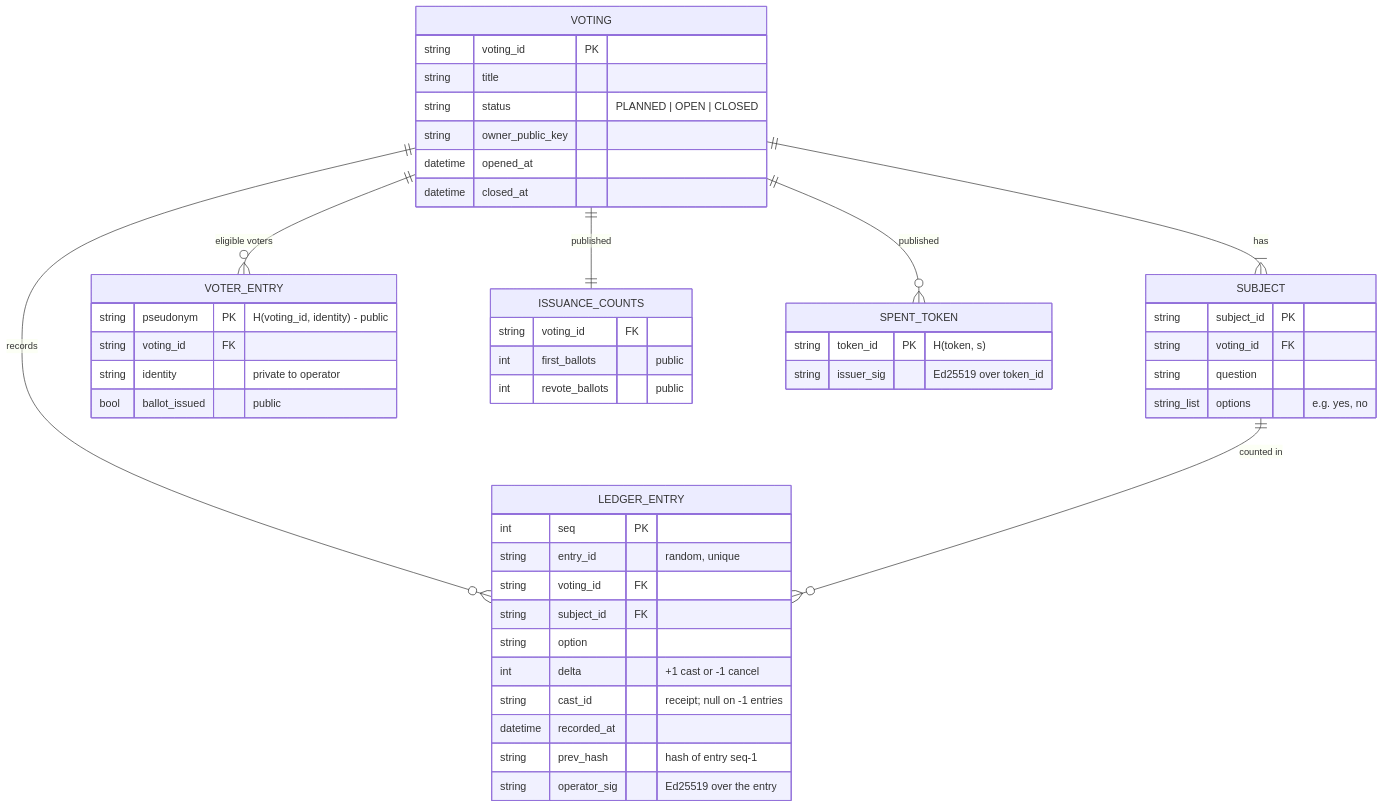
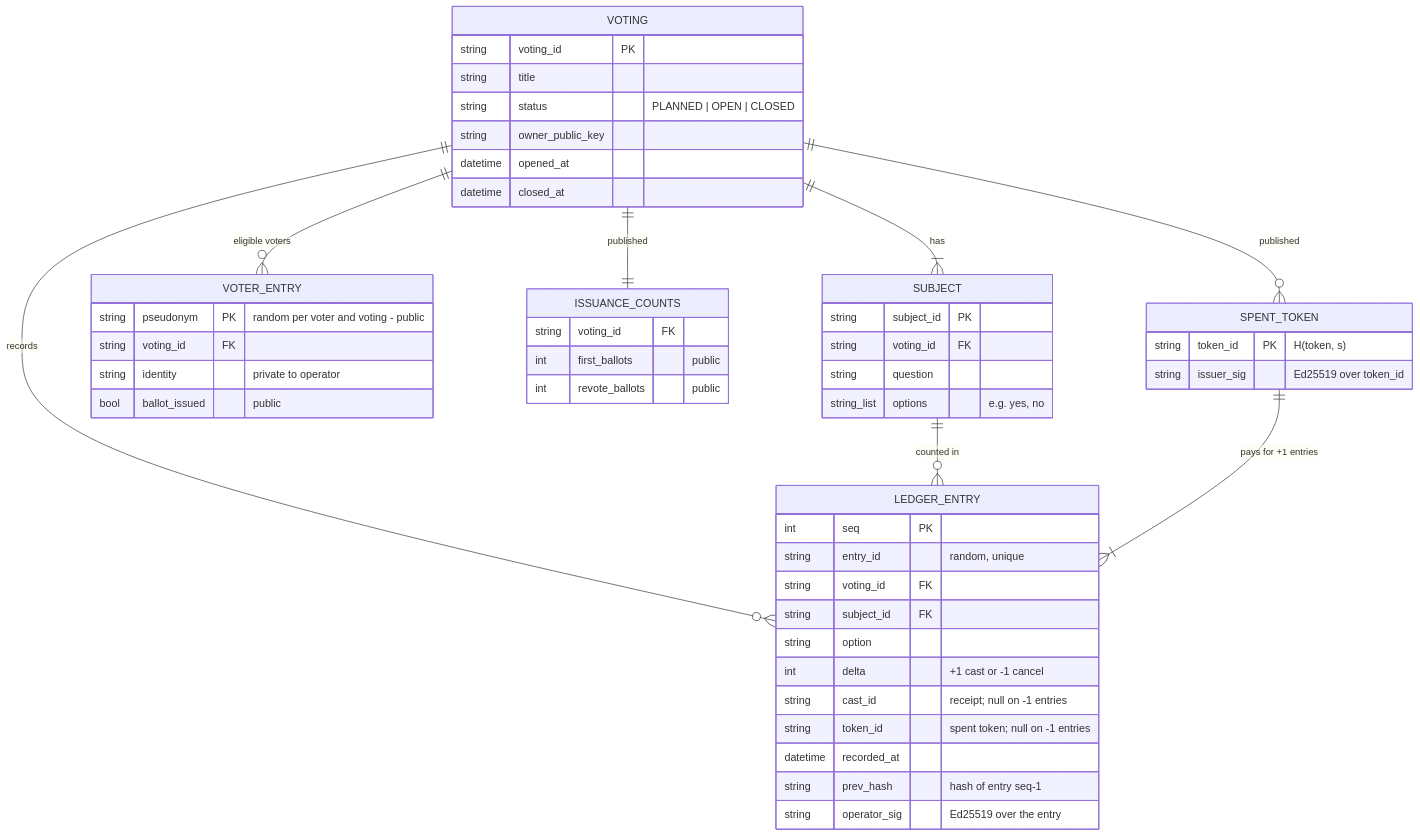
One commit to s4ysolutions/e-voting-machine changed the second of 4 diagrams in docs/03-concept-and-data-model.md. Above: the diagram before and after it, drawn with Mermaid. The commit also changed other lines of this file and 8 other files, not shown here.

````diff
--- a/docs/03-concept-and-data-model.md
+++ b/docs/03-concept-and-data-model.md
@@ -70,51 +71,53 @@
 ```mermaid
 erDiagram
     VOTING ||--|{ SUBJECT : "has"
     VOTING ||--o{ VOTER_ENTRY : "eligible voters"
     VOTING ||--o{ LEDGER_ENTRY : "records"
     VOTING ||--|| ISSUANCE_COUNTS : "published"
     VOTING ||--o{ SPENT_TOKEN : "published"
     SUBJECT ||--o{ LEDGER_ENTRY : "counted in"
+    SPENT_TOKEN ||--|{ LEDGER_ENTRY : "pays for +1 entries"
 
     VOTING {
         string voting_id PK
         string title
         string status "PLANNED | OPEN | CLOSED"
         string owner_public_key
         datetime opened_at
         datetime closed_at
     }
     SUBJECT {
         string subject_id PK
         string voting_id FK
         string question
         string_list options "e.g. yes, no"
     }
     VOTER_ENTRY {
-        string pseudonym PK "H(voting_id, identity) - public"
+        string pseudonym PK "random per voter and voting - public"
         string voting_id FK
         string identity "private to operator"
         bool ballot_issued "public"
     }
     ISSUANCE_COUNTS {
         string voting_id FK
         int first_ballots "public"
         int revote_ballots "public"
     }
     SPENT_TOKEN {
         string token_id PK "H(token, s)"
         string issuer_sig "Ed25519 over token_id"
     }
     LEDGER_ENTRY {
         int seq PK
         string entry_id "random, unique"
         string voting_id FK
         string subject_id FK
         string option
         int delta "+1 cast or -1 cancel"
         string cast_id "receipt; null on -1 entries"
+        string token_id "spent token; null on -1 entries"
         datetime recorded_at
         string prev_hash "hash of entry seq-1"
         string operator_sig "Ed25519 over the entry"
     }
 ```
````
